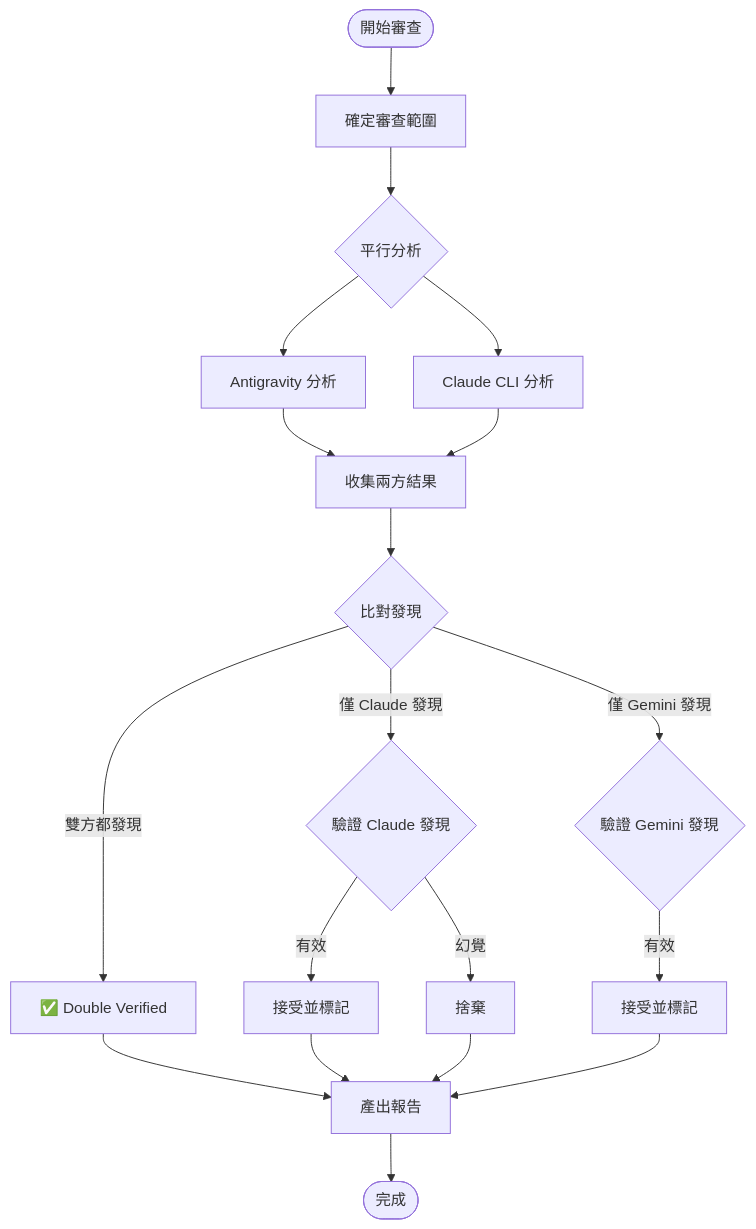
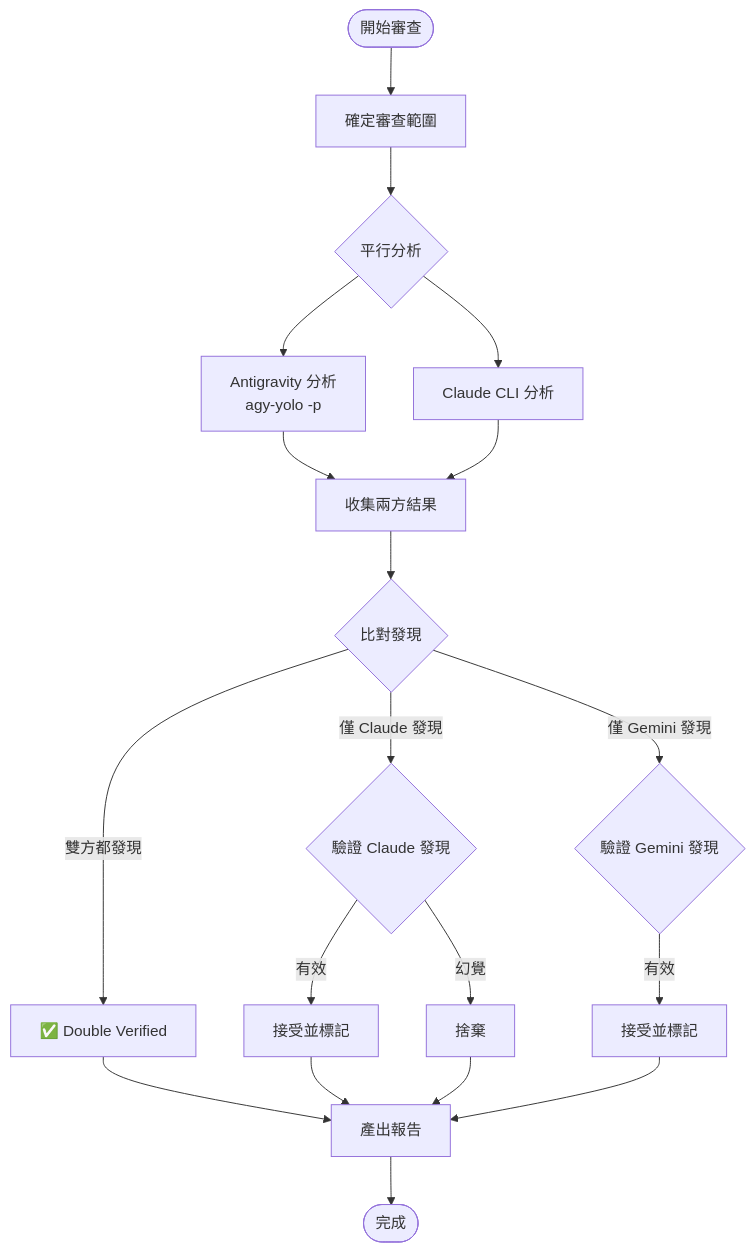
Before and after one commit to samChang72/custom-skills: the diagram in dual-code-review/SKILL.md, drawn with Mermaid. The commit also changed other lines of this file, not shown here.

First line of the commit message:
feat(dual-code-review): 改用 agy-yolo 呼叫 Gemini 做獨立審查

````diff
--- a/dual-code-review/SKILL.md
+++ b/dual-code-review/SKILL.md
@@ -12,28 +12,28 @@
 ```mermaid
 flowchart TD
     START([開始審查]) --> SCOPE[確定審查範圍]
     SCOPE --> PARALLEL{平行分析}
     
-    PARALLEL --> GEMINI[Antigravity 分析]
+    PARALLEL --> GEMINI[Antigravity 分析<br/>agy-yolo -p]
     PARALLEL --> CLAUDE[Claude CLI 分析]
     
     GEMINI --> COLLECT[收集兩方結果]
     CLAUDE --> COLLECT
     
     COLLECT --> COMPARE{比對發現}
     
     COMPARE -->|雙方都發現| CONFIRMED[✅ Double Verified]
     COMPARE -->|僅 Claude 發現| VERIFY_C{驗證 Claude 發現}
     COMPARE -->|僅 Gemini 發現| VERIFY_G{驗證 Gemini 發現}
     
     VERIFY_C -->|有效| ACCEPT_C[接受並標記]
     VERIFY_C -->|幻覺| DISCARD_C[捨棄]
     VERIFY_G -->|有效| ACCEPT_G[接受並標記]
     
     CONFIRMED --> REPORT[產出報告]
     ACCEPT_C --> REPORT
     ACCEPT_G --> REPORT
     DISCARD_C --> REPORT
     
     REPORT --> DONE([完成])
 ```
````
